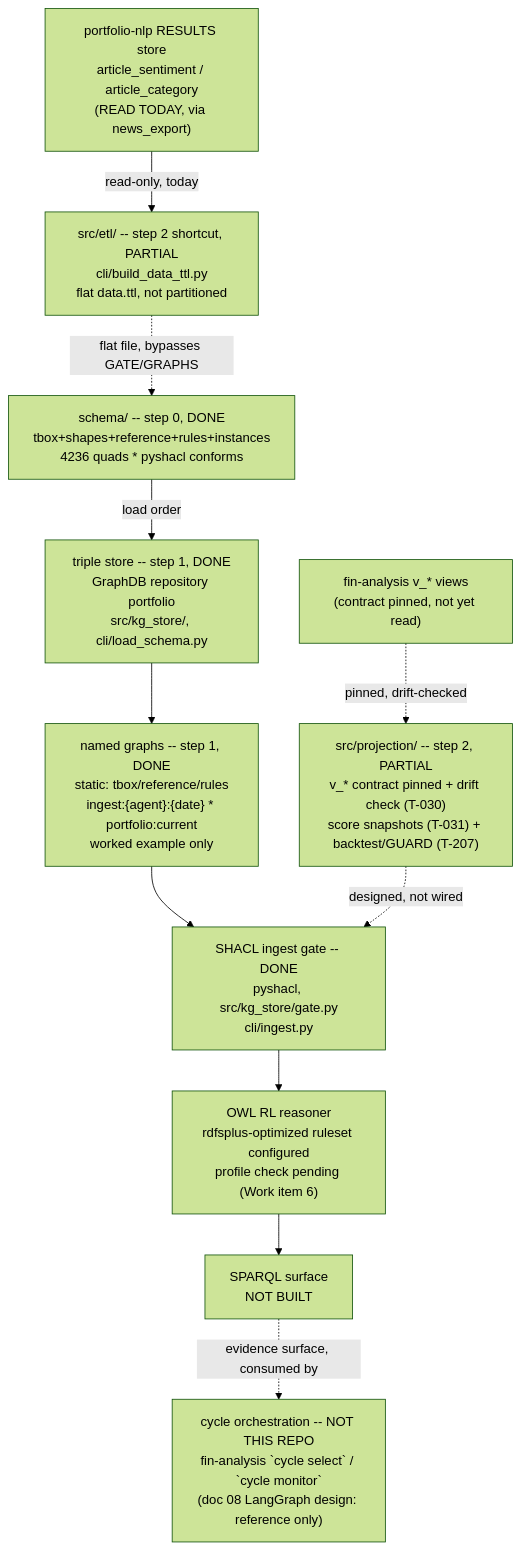
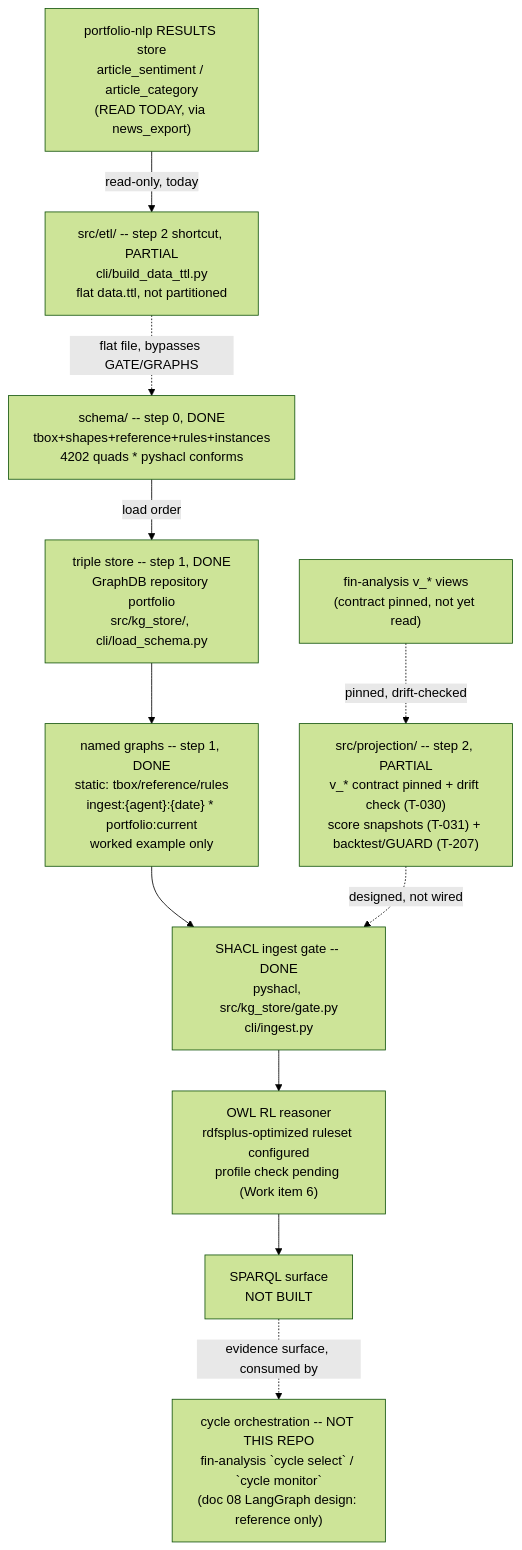
The diagram in .specify/memory/SPEC.md (gamug/portfolio-knowledge-graph), drawn with Mermaid (forest theme) before and after one commit. The commit also changed other lines of this file and 24 other files, not shown here.

````diff
--- a/.specify/memory/SPEC.md
+++ b/.specify/memory/SPEC.md
@@ -875,22 +892,22 @@
 ```mermaid
 flowchart TB
-    SCHEMA["schema/ -- step 0, DONE<br/>tbox+shapes+reference+rules+instances<br/>4236 quads * pyshacl conforms"]
+    SCHEMA["schema/ -- step 0, DONE<br/>tbox+shapes+reference+rules+instances<br/>4202 quads * pyshacl conforms"]
     STORE["triple store -- step 1, DONE<br/>GraphDB repository portfolio<br/>src/kg_store/, cli/load_schema.py"]
     GRAPHS["named graphs -- step 1, DONE<br/>static: tbox/reference/rules<br/>ingest:{agent}:{date} * portfolio:current<br/>worked example only"]
     GATE["SHACL ingest gate -- DONE<br/>pyshacl, src/kg_store/gate.py<br/>cli/ingest.py"]
     PROJ["src/projection/ -- step 2, PARTIAL<br/>v_* contract pinned + drift check (T-030)<br/>score snapshots (T-031) + backtest/GUARD (T-207)"]
     FIN["fin-analysis v_* views<br/>(contract pinned, not yet read)"]
     NLPRES["portfolio-nlp RESULTS store<br/>article_sentiment / article_category<br/>(READ TODAY, via news_export)"]
     ETL["src/etl/ -- step 2 shortcut, PARTIAL<br/>cli/build_data_ttl.py<br/>flat data.ttl, not partitioned"]
     REASON["OWL RL reasoner<br/>rdfsplus-optimized ruleset configured<br/>profile check pending (Work item 6)"]
     SPARQL["SPARQL surface<br/>NOT BUILT"]
     AGENTS["cycle orchestration -- NOT THIS REPO<br/>fin-analysis `cycle select` / `cycle monitor`<br/>(doc 08 LangGraph design: reference only)"]
 
     SCHEMA -->|load order| STORE --> GRAPHS --> GATE
     FIN -.->|pinned, drift-checked| PROJ
     PROJ -.->|designed, not wired| GATE
     NLPRES -->|read-only, today| ETL
     ETL -.->|flat file, bypasses GATE/GRAPHS| SCHEMA
     GATE --> REASON --> SPARQL
     SPARQL -.->|evidence surface, consumed by| AGENTS
 ```
````
